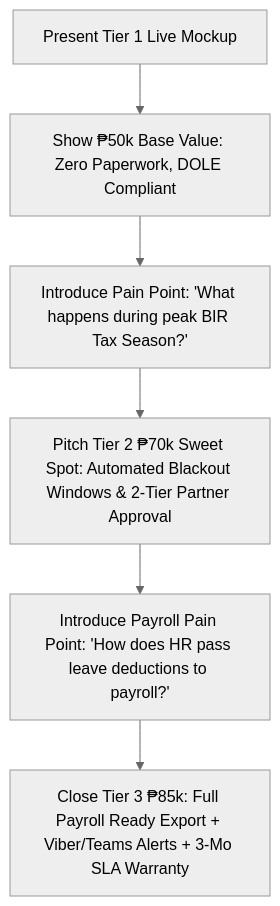
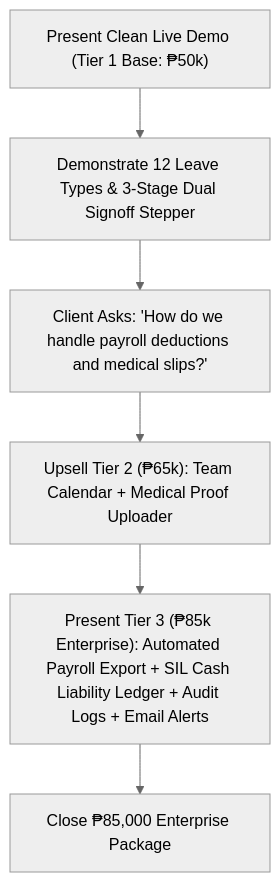
The diagram in PROPOSAL_TIERS.md (ggaaiiaaaaaa/leave-management), drawn with Mermaid (neutral theme) before and after one commit. The commit also changed other lines of this file and 3 other files, not shown here.

Commit message:
Streamline live prototype and configure 85k upsell package in PROPOSAL_TIERS.md

````diff
--- a/PROPOSAL_TIERS.md
+++ b/PROPOSAL_TIERS.md
@@ -76,8 +75,8 @@
 ```mermaid
 graph TD
-    A[Present Tier 1 Live Mockup] --> B[Show ₱50k Base Value: Zero Paperwork, DOLE Compliant]
-    B --> C[Introduce Pain Point: 'What happens during peak BIR Tax Season?']
-    C --> D[Pitch Tier 2 ₱70k Sweet Spot: Automated Blackout Windows & 2-Tier Partner Approval]
-    D --> E[Introduce Payroll Pain Point: 'How does HR pass leave deductions to payroll?']
-    E --> F[Close Tier 3 ₱85k: Full Payroll Ready Export + Viber/Teams Alerts + 3-Mo SLA Warranty]
+    A["Present Clean Live Demo (Tier 1 Base: ₱50k)"] --> B["Demonstrate 12 Leave Types & 3-Stage Dual Signoff Stepper"]
+    B --> C["Client Asks: 'How do we handle payroll deductions and medical slips?'"]
+    C --> D["Upsell Tier 2 (₱65k): Team Calendar + Medical Proof Uploader"]
+    D --> E["Present Tier 3 (₱85k Enterprise): Automated Payroll Export + SIL Cash Liability Ledger + Audit Logs + Email Alerts"]
+    E --> F["Close ₱85,000 Enterprise Package"]
 ```
````
